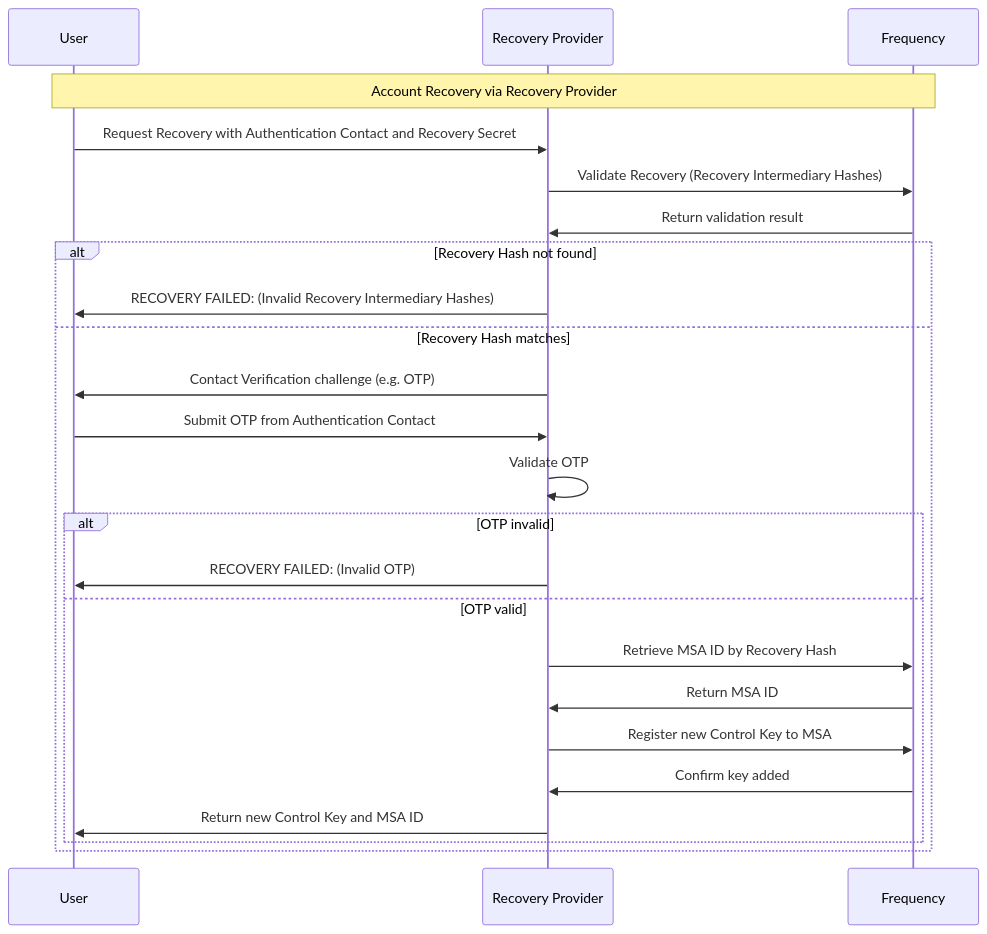
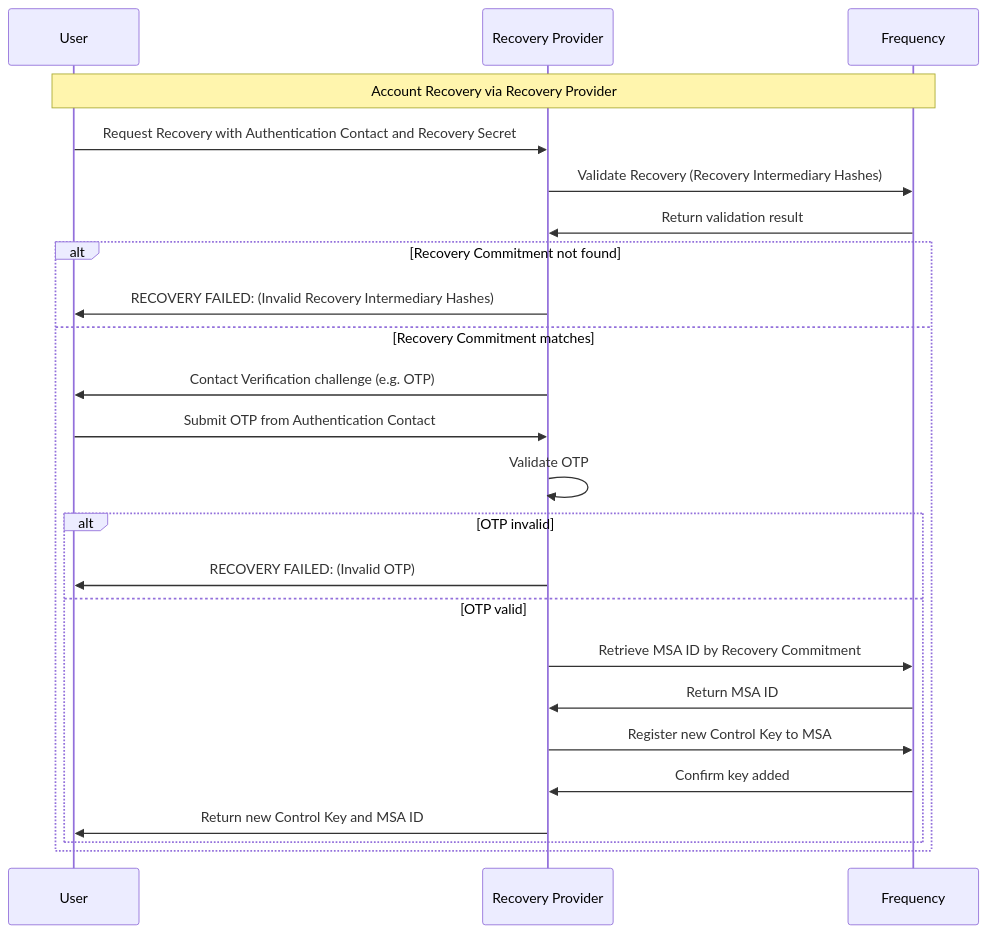
Before and after one commit to frequency-chain/frequency: the second of 2 diagrams in designdocs/recovery_system.md, drawn with Mermaid. The commit also changed other lines of this file, not shown here.

Commit message:
refactor: update terminology from Recovery Hash to Recovery Commitment for consistency in documentation

````diff
--- a/designdocs/recovery_system.md
+++ b/designdocs/recovery_system.md
@@ -169,29 +173,29 @@
 ```mermaid
 sequenceDiagram
     participant U as User
     participant RP as Recovery Provider  
     participant F as Frequency
 
     Note over U,F: Account Recovery via Recovery Provider
     U->>RP: Request Recovery with Authentication Contact and Recovery Secret
     RP->>F: Validate Recovery (Recovery Intermediary Hashes)
     F->>RP: Return validation result
-    
-    alt Recovery Hash not found
+
+    alt Recovery Commitment not found
         RP->>U: RECOVERY FAILED: (Invalid Recovery Intermediary Hashes)
-    else Recovery Hash matches 
+    else Recovery Commitment matches
         RP->>U: Contact Verification challenge (e.g. OTP)
         U->>RP: Submit OTP from Authentication Contact
         RP->>RP: Validate OTP
         
         alt OTP invalid
             RP->>U: RECOVERY FAILED: (Invalid OTP)
         else OTP valid
-            RP->>F: Retrieve MSA ID by Recovery Hash
+            RP->>F: Retrieve MSA ID by Recovery Commitment
             F->>RP: Return MSA ID
             RP->>F: Register new Control Key to MSA
             F->>RP: Confirm key added
             RP->>U: Return new Control Key and MSA ID
         end
     end
 ```
````
